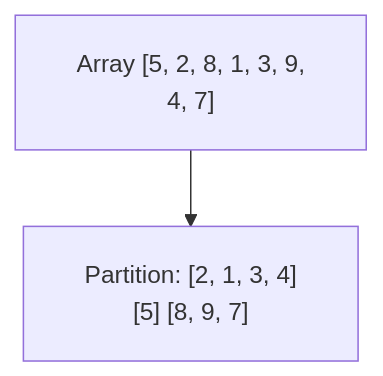
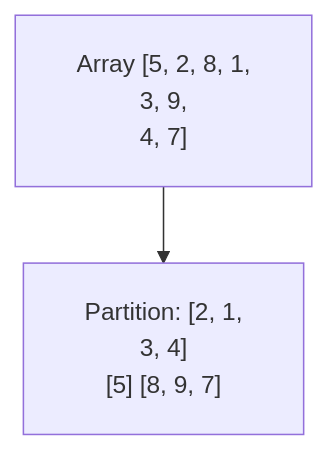
The diagram in week_03_foundations_iii_sorting_and_hashing/WEEK_03_FULL_PLAYBOOK.md (dip4k/DSA_102), drawn with Mermaid before and after one commit. The commit also changed 106 other files, not shown here.

First line of the commit message:
fix(mermaid): prevent text clipping with foreignObject overflow and tighter line wrapping

````diff
--- a/week_03_foundations_iii_sorting_and_hashing/WEEK_03_FULL_PLAYBOOK.md
+++ b/week_03_foundations_iii_sorting_and_hashing/WEEK_03_FULL_PLAYBOOK.md
@@ -470,6 +470,6 @@
 ```mermaid
-%%{init: {"flowchart": {"htmlLabels": true, "padding": 20}}}%%
+%%{init: {"flowchart": {"htmlLabels": true, "padding": 20}, "themeCSS": "foreignObject { overflow: visible !important; }"}}%%
 flowchart TD
-    R["Array [5, 2, 8, 1, 3, 9,<br/>4, 7]"]
-    R --> N1["Partition: [2, 1, 3, 4]<br/>[5] [8, 9, 7]"]
+    R["Array [5, 2, 8, 1,<br/>3, 9,<br/>4, 7]"]
+    R --> N1["Partition: [2, 1,<br/>3, 4]<br/>[5] [8, 9, 7]"]
 ```
````
